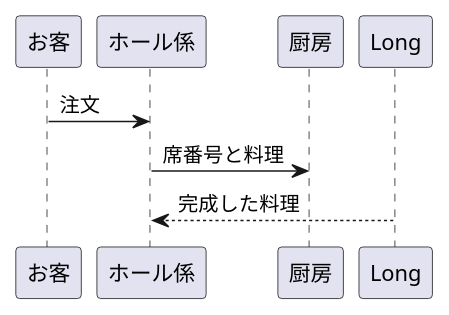
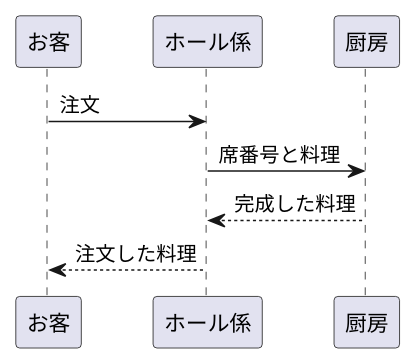
The diagram in kadai3.md (Aso2001367/2021sys-design), drawn with PlantUML before and after one commit.

````diff
--- a/kadai3.md
+++ b/kadai3.md
@@ -1,7 +1,8 @@
 ```uml
 @startuml
-お客 -> "ホール係" :注文
-"ホール係" -> "厨房" :席番号と料理
-Long --> "ホール係" :完成した料理
+お客 -> ホール係 :注文
+ホール係 -> 厨房 :席番号と料理
+厨房 --> ホール係 :完成した料理
+ホール係 --> お客 :注文した料理
 @enduml
 ```
````
